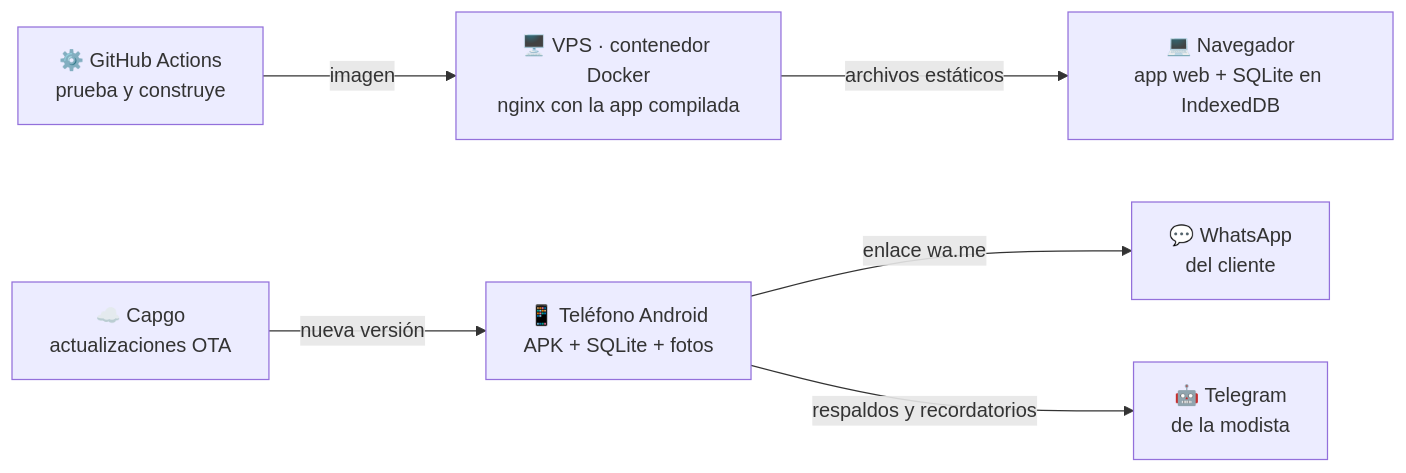
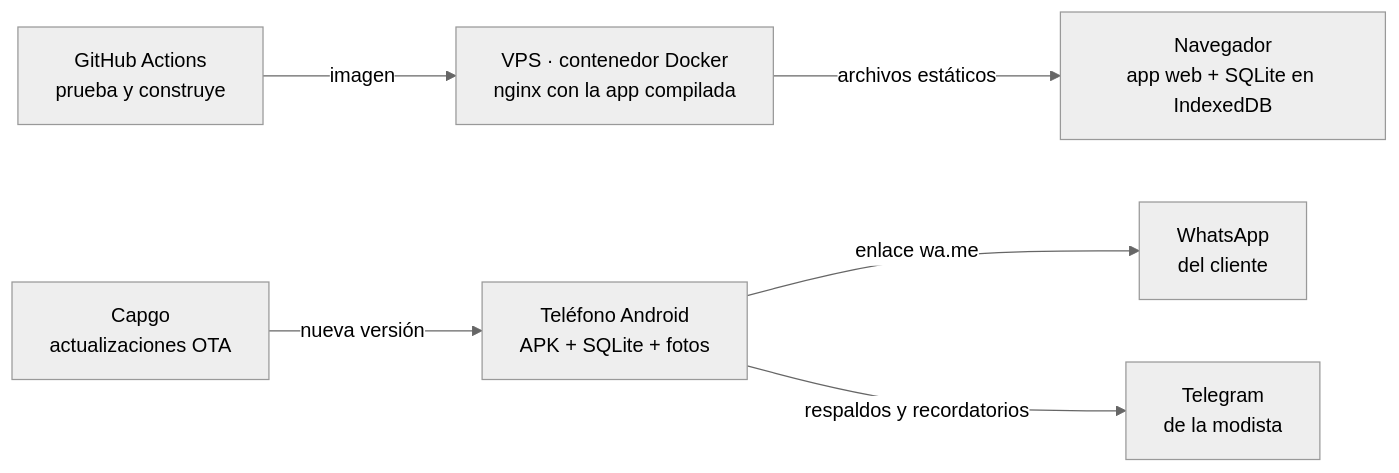
Before and after one commit to Aryannext/Costura-app: diagram 16 of 16 in docs/02-diseno/DIAGRAMAS.md, drawn with Mermaid. The commit also changed other lines of this file and 4 other files, not shown here.

First line of the commit message:
P1-7: el aviso de las 8:00 comprueba el permiso de alarmas exactas; diagramas sin emojis ni colores

````diff
--- a/docs/02-diseno/DIAGRAMAS.md
+++ b/docs/02-diseno/DIAGRAMAS.md
@@ -724,16 +719,17 @@
 ```mermaid
+%%{init: {'theme': 'neutral'}}%%
 flowchart LR
-    GH["⚙️ GitHub Actions<br/>prueba y construye"]
-    VPS["🖥️ VPS · contenedor Docker<br/>nginx con la app compilada"]
-    NAV["💻 Navegador<br/>app web + SQLite en IndexedDB"]
-    CAPGO["☁️ Capgo<br/>actualizaciones OTA"]
-    TEL["📱 Teléfono Android<br/>APK + SQLite + fotos"]
-    WA["💬 WhatsApp<br/>del cliente"]
-    TG["🤖 Telegram<br/>de la modista"]
+    GH["GitHub Actions<br/>prueba y construye"]
+    VPS["VPS · contenedor Docker<br/>nginx con la app compilada"]
+    NAV["Navegador<br/>app web + SQLite en IndexedDB"]
+    CAPGO["Capgo<br/>actualizaciones OTA"]
+    TEL["Teléfono Android<br/>APK + SQLite + fotos"]
+    WA["WhatsApp<br/>del cliente"]
+    TG["Telegram<br/>de la modista"]
 
     GH -->|imagen| VPS
     VPS -->|archivos estáticos| NAV
     CAPGO -->|nueva versión| TEL
     TEL -->|enlace wa.me| WA
     TEL -->|respaldos y recordatorios| TG
 ```
````
